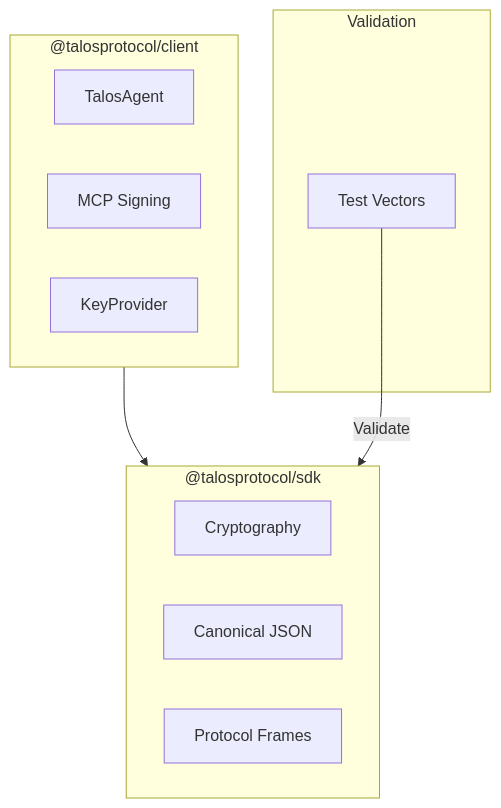
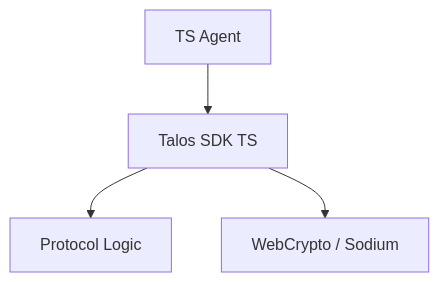
The diagram in README.md (talosprotocol/talos-sdk-ts), drawn with Mermaid before and after one commit. The commit also changed other lines of this file and 4 other files, not shown here.

````diff
--- a/README.md
+++ b/README.md
@@ -26,22 +13,6 @@
 ```mermaid
 graph TD
-    subgraph SDK ["@talosprotocol/sdk"]
-        Crypto[Cryptography]
-        JSON[Canonical JSON]
-        Frames[Protocol Frames]
-    end
-
-    subgraph Client ["@talosprotocol/client"]
-        Agent[TalosAgent]
-        Sign[MCP Signing]
-        Keys[KeyProvider]
-    end
-
-    Client --> SDK
-
-    subgraph Validation
-        Vectors[Test Vectors]
-    end
-
-    Vectors -->|"Validate"| SDK
+    Agent[TS Agent] --> SDK[Talos SDK TS]
+    SDK --> Core[Protocol Logic]
+    SDK --> Crypto[WebCrypto / Sodium]
 ```
````
